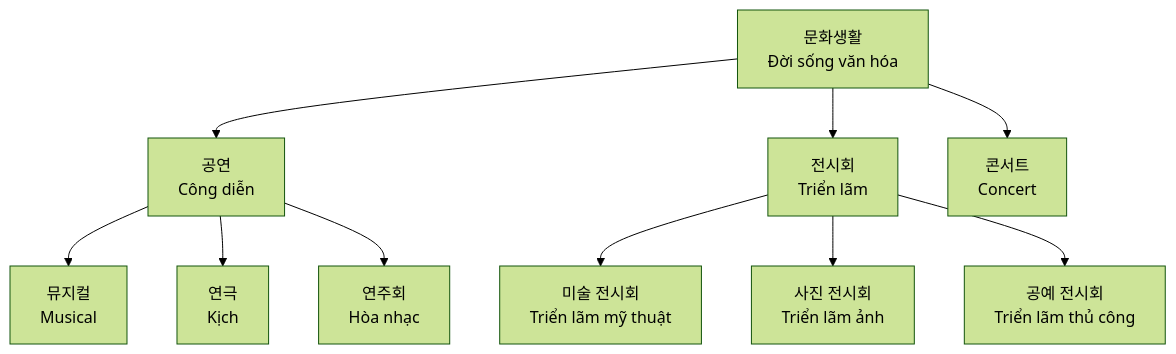
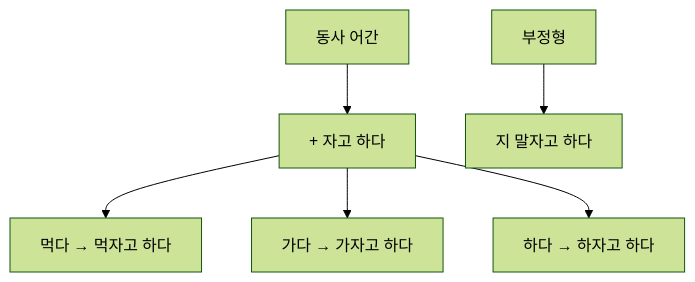
Before and after one commit to khieu-dv/vievlog: the second of 3 diagrams in src/content/soft-skills/korean/bai-6.md, drawn with Mermaid (forest theme). The commit also changed other lines of this file and 6 other files, not shown here.

````diff
--- a/src/content/soft-skills/korean/bai-6.md
+++ b/src/content/soft-skills/korean/bai-6.md
@@ -23,14 +99,8 @@
 ```mermaid
-graph TD
-    A[문화생활<br/>Đời sống văn hóa] --> B[공연<br/>Công diễn]
-    A --> C[전시회<br/>Triển lãm]
-    A --> D[콘서트<br/>Concert]
-
-    B --> B1[뮤지컬<br/>Musical]
-    B --> B2[연극<br/>Kịch]
-    B --> B3[연주회<br/>Hòa nhạc]
-
-    C --> C1[미술 전시회<br/>Triển lãm mỹ thuật]
-    C --> C2[사진 전시회<br/>Triển lãm ảnh]
-    C --> C3[공예 전시회<br/>Triển lãm thủ công]
+flowchart TD
+    A[동사 어간] --> B[+ 자고 하다]
+    B --> C[먹다 → 먹자고 하다]
+    B --> D[가다 → 가자고 하다]
+    B --> E[하다 → 하자고 하다]
+    F[부정형] --> G[지 말자고 하다]
 ```
````
